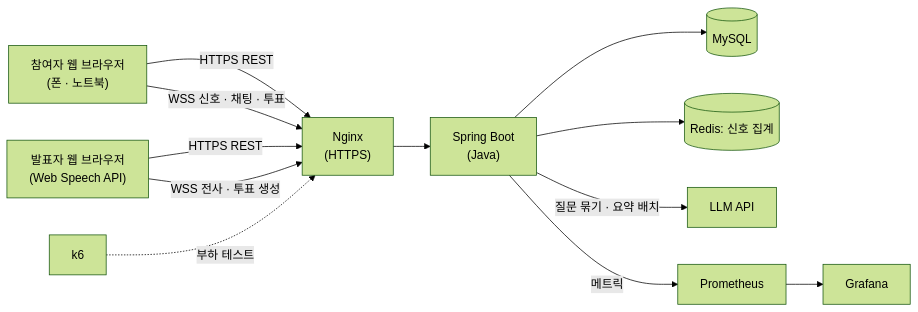
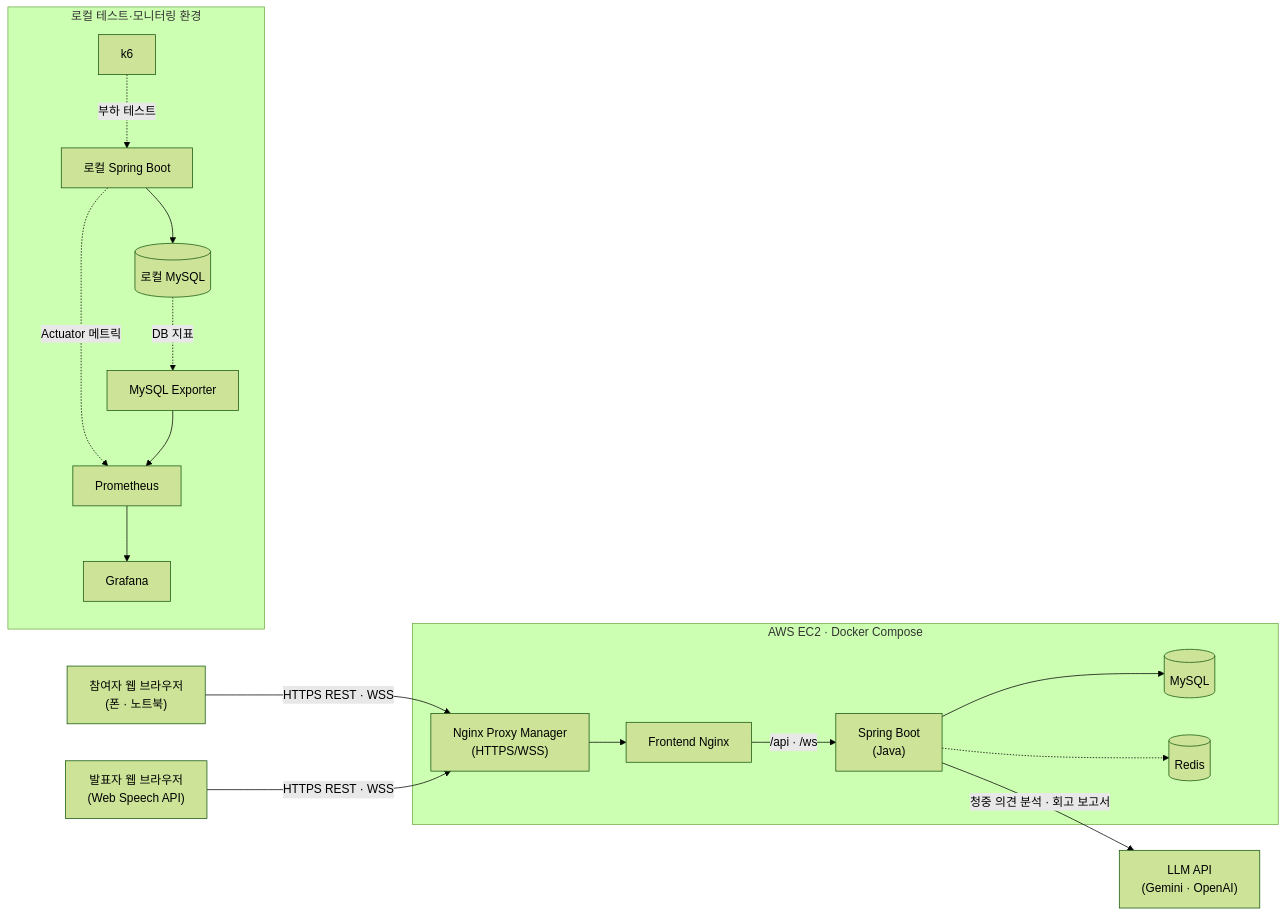
The diagram in docs/planning.md (prgrms-be-devcourse/NBE12-14-final-SSAK3), drawn with Mermaid (forest theme) before and after one commit. The commit also changed other lines of this file and 23 other files, not shown here.

````diff
--- a/docs/planning.md
+++ b/docs/planning.md
@@ -45,26 +63,38 @@
 ```mermaid
 flowchart LR
 P["참여자 웹 브라우저<br/>(폰 · 노트북)"]
 T["발표자 웹 브라우저<br/>(Web Speech API)"]
-K["k6"]
-N["Nginx<br/>(HTTPS)"]
-S["Spring Boot<br/>(Java)"]
-DB[("MySQL")]
-R[("Redis: 신호 집계")]
-L["LLM API"]
-PM["Prometheus"]
-G["Grafana"]
+subgraph EC2["AWS EC2 · Docker Compose"]
+    NPM["Nginx Proxy Manager<br/>(HTTPS/WSS)"]
+    N["Frontend Nginx"]
+    S["Spring Boot<br/>(Java)"]
+    DB[("MySQL")]
+    R[("Redis")]
 
-P -->|"HTTPS REST"| N
-P -->|"WSS 신호 · 채팅 · 투표"| N
-T -->|"HTTPS REST"| N
-T -->|"WSS 전사 · 투표 생성"| N
-K -.->|"부하 테스트"| N
-N --> S
+    NPM --> N
+    N -->|"/api · /ws"| S
+    S --> DB
+    S -.-> R
+end
 
-S --> DB
-S --> R
-S -->|"질문 묶기 · 요약 배치"| L
-S -->|"메트릭"| PM
-PM --> G
+L["LLM API<br/>(Gemini · OpenAI)"]
+
+subgraph MON["로컬 테스트·모니터링 환경"]
+    K["k6"]
+    LS["로컬 Spring Boot"]
+    LDB[("로컬 MySQL")]
+    PM["Prometheus"]
+    G["Grafana"]
+    E["MySQL Exporter"]
+    K -.->|"부하 테스트"| LS
+    LS --> LDB
+    LS -.->|"Actuator 메트릭"| PM
+    LDB -.->|"DB 지표"| E
+    E --> PM
+    PM --> G
+end
+
+P -->|"HTTPS REST · WSS"| NPM
+T -->|"HTTPS REST · WSS"| NPM
+S -->|"청중 의견 분석 · 회고 보고서"| L
 ```
````
